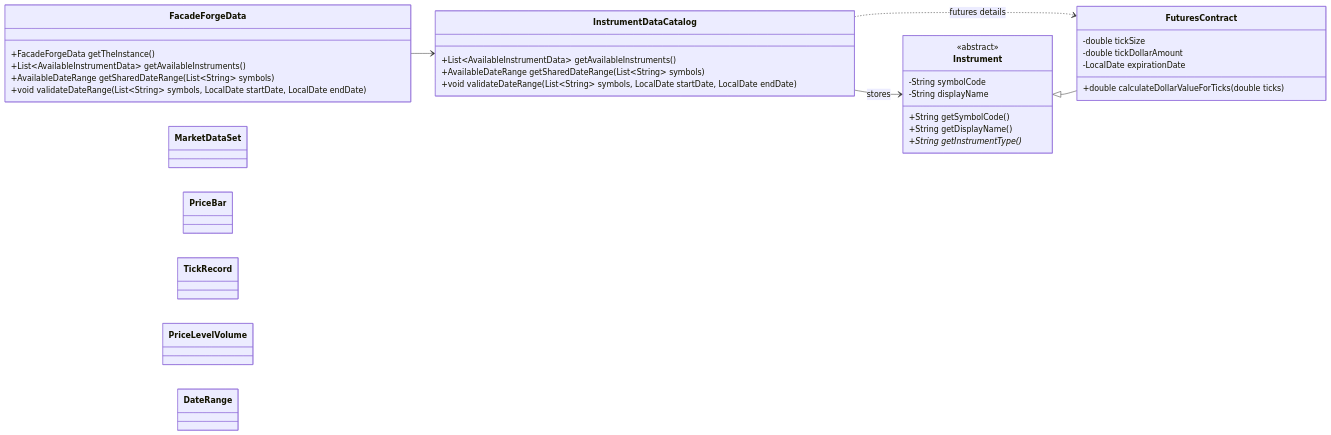
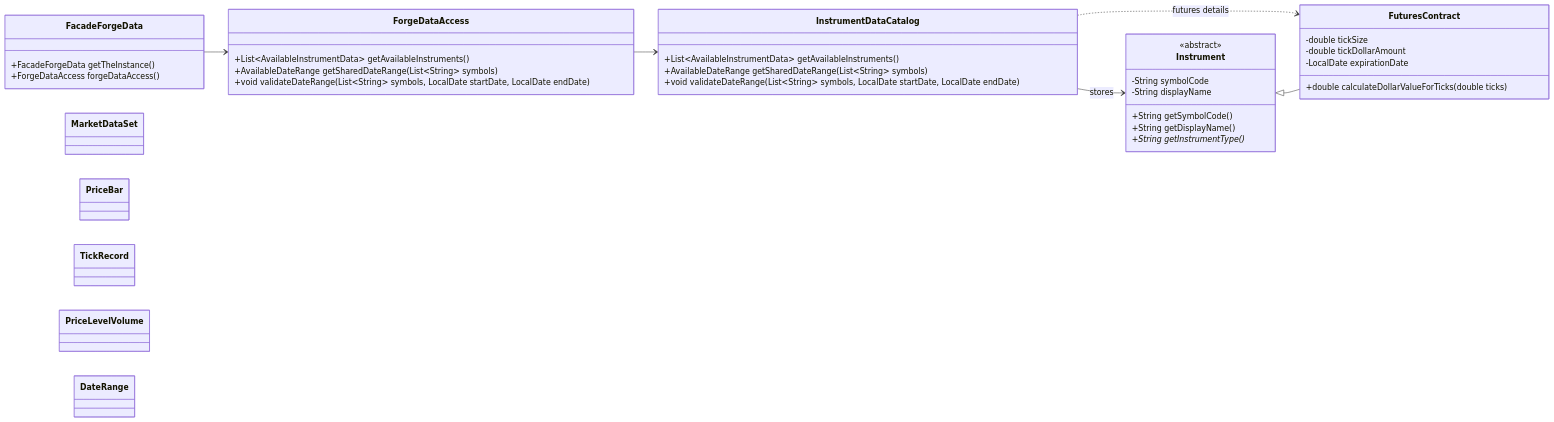
Before and after one commit to probst-paul/FORGE: the fifth of 13 diagrams in class-model.md, drawn with Mermaid. The commit also changed other lines of this file and 16 other files, not shown here.

First line of the commit message:
Add Forge*Access facades and refactor facades

````diff
--- a/class-model.md
+++ b/class-model.md
@@ -251,44 +269,49 @@
 ```mermaid
 classDiagram
     direction LR
 
     class FacadeForgeData {
         +FacadeForgeData getTheInstance()
+        +ForgeDataAccess forgeDataAccess()
+    }
+
+    class ForgeDataAccess {
         +List~AvailableInstrumentData~ getAvailableInstruments()
         +AvailableDateRange getSharedDateRange(List~String~ symbols)
         +void validateDateRange(List~String~ symbols, LocalDate startDate, LocalDate endDate)
     }
 
     class InstrumentDataCatalog {
         +List~AvailableInstrumentData~ getAvailableInstruments()
         +AvailableDateRange getSharedDateRange(List~String~ symbols)
         +void validateDateRange(List~String~ symbols, LocalDate startDate, LocalDate endDate)
     }
 
     class Instrument {
         <<abstract>>
         -String symbolCode
         -String displayName
         +String getSymbolCode()
         +String getDisplayName()
         +String getInstrumentType()*
     }
 
     class FuturesContract {
         -double tickSize
         -double tickDollarAmount
         -LocalDate expirationDate
         +double calculateDollarValueForTicks(double ticks)
     }
 
     class MarketDataSet
     class PriceBar
     class TickRecord
     class PriceLevelVolume
     class DateRange
 
-    FacadeForgeData --> InstrumentDataCatalog
+    FacadeForgeData --> ForgeDataAccess
+    ForgeDataAccess --> InstrumentDataCatalog
     InstrumentDataCatalog --> Instrument : stores
     InstrumentDataCatalog ..> FuturesContract : futures details
     Instrument <|-- FuturesContract
 ```
````
